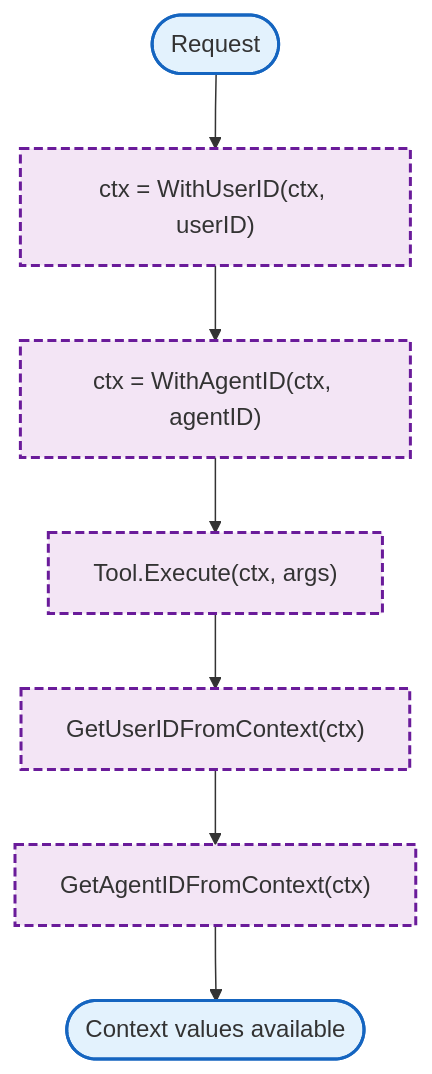
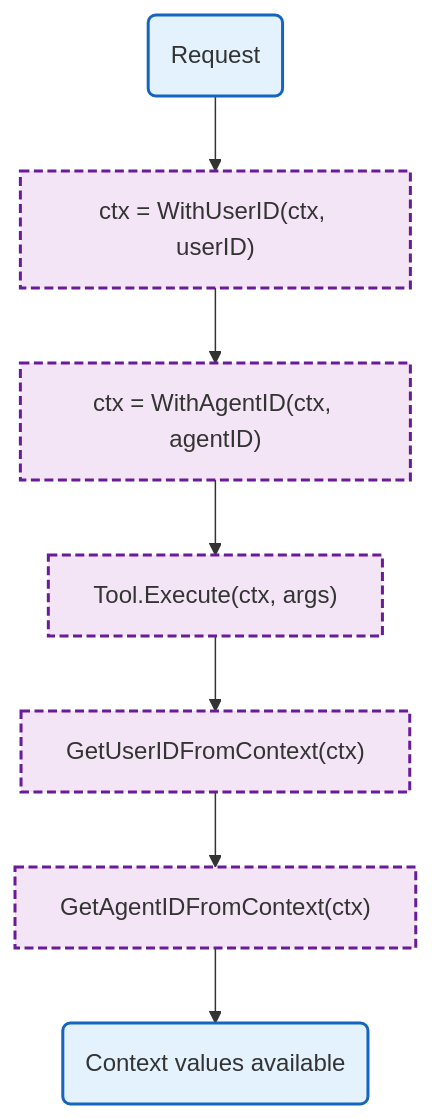
One commit to radch-ai/ava changed the diagram in docs/internal/ctx.md. Above: the diagram before and after it, drawn with Mermaid. The commit also changed 24 other files, not shown here.

First line of the commit message:
fix(docs): fix mermaid syntax errors in all diagrams

````diff
--- a/docs/internal/ctx.md
+++ b/docs/internal/ctx.md
@@ -7,16 +7,16 @@
 ```mermaid
 flowchart TB
-    Start(["Request"]) --> WithUserID["ctx = WithUserID(ctx, userID)"]
+    Start("Request") --> WithUserID["ctx = WithUserID(ctx, userID)"]
     WithUserID --> WithAgentID["ctx = WithAgentID(ctx, agentID)"]
     WithAgentID --> ToolExec["Tool.Execute(ctx, args)"]
     ToolExec --> GetUserID["GetUserIDFromContext(ctx)"]
     GetUserID --> GetAgentID["GetAgentIDFromContext(ctx)"]
-    GetAgentID --> Done(["Context values available"])
+    GetAgentID --> Done("Context values available")
 
     classDef mainFn fill:#e3f2fd,stroke:#1565c0,stroke-width:2px
     classDef internalFn fill:#f3e5f5,stroke:#6a1b9a,stroke-width:2px,stroke-dasharray:6 3
     classDef localPkgs fill:#fff8e1,stroke:#f9a825,stroke-width:1.5px,stroke-dasharray:4 2
 
     class Start,Done mainFn
     class WithUserID,WithAgentID,ToolExec,GetUserID,GetAgentID internalFn
 ```
````
